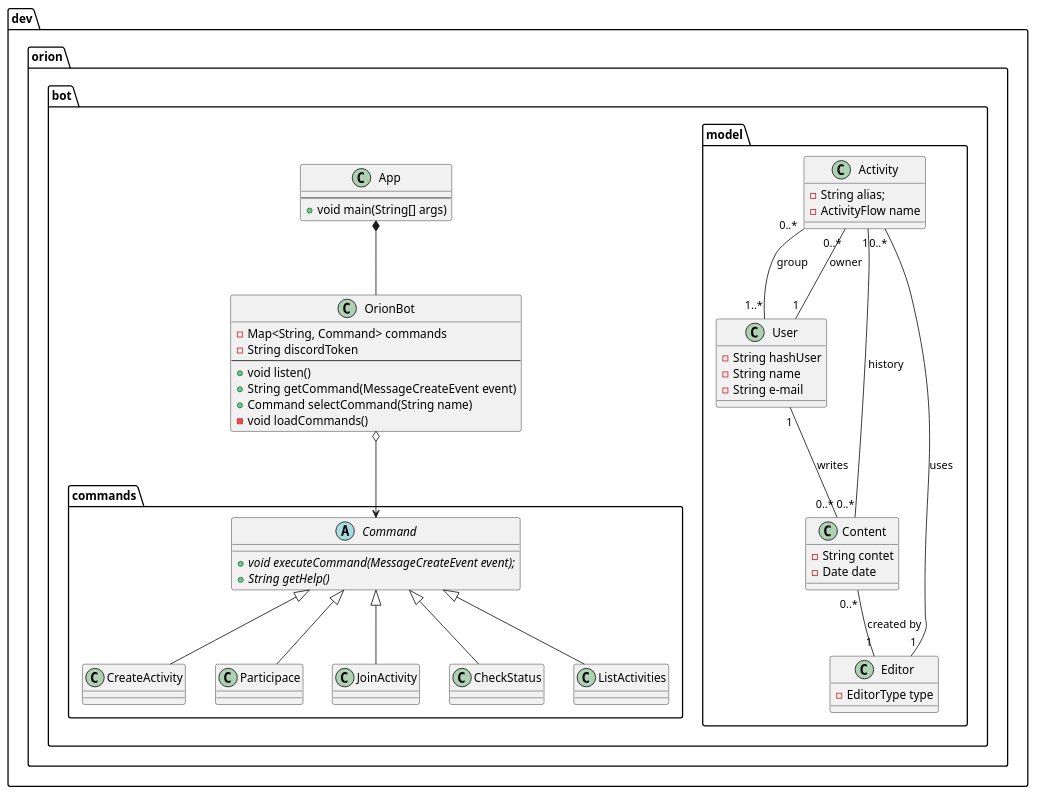
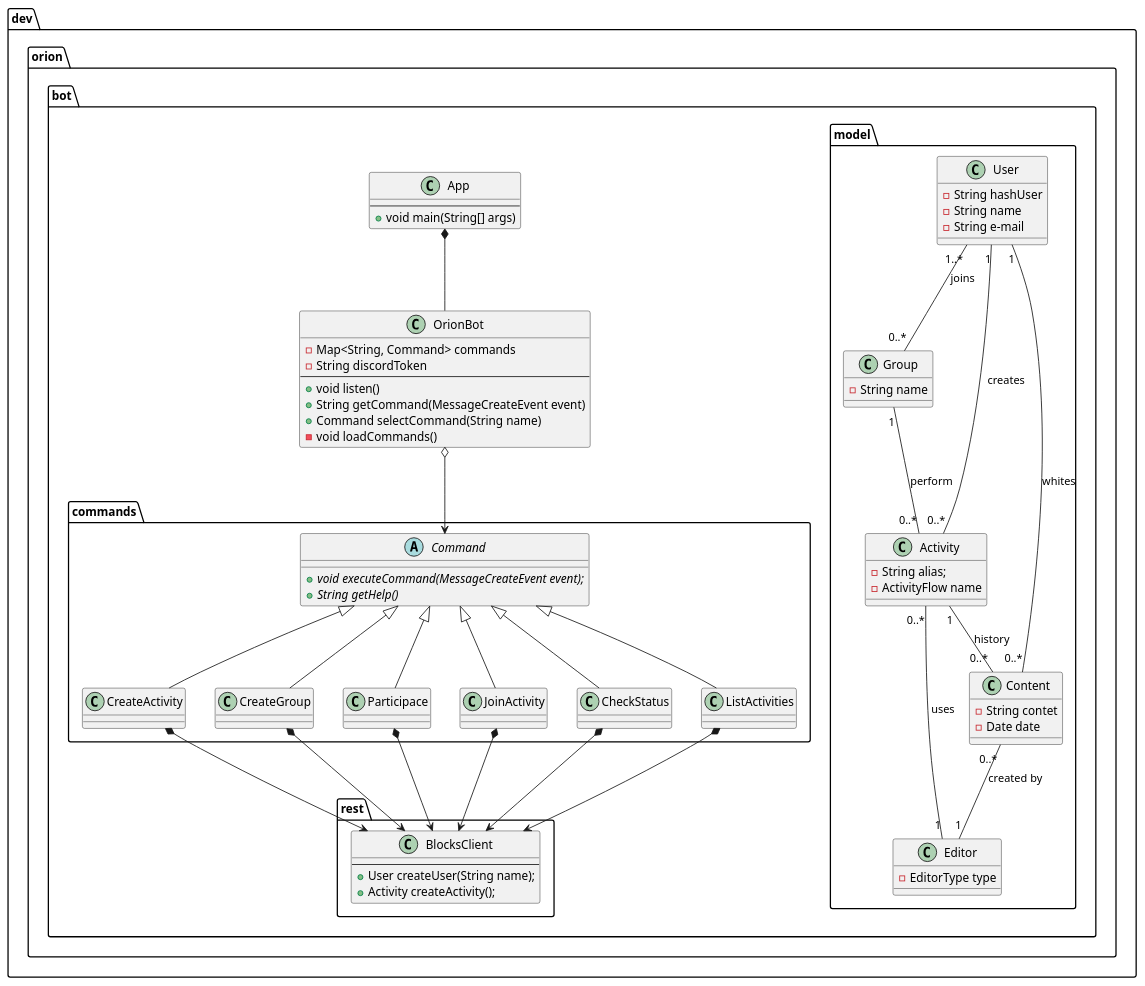
Before and after one commit to orion-services/bot: the diagram in docs/uml/class.puml, drawn with PlantUML. The commit also changed 11 other files, not shown here.

```diff
--- a/docs/uml/class.puml
+++ b/docs/uml/class.puml
@@ -1,87 +1,111 @@
 @startuml
 
 package dev.orion.bot.model {
 
-    Activity "0..*" -- "1..*" User : group  
-    Activity "0..*" -- "1" User : owner  
+    User "1..*" -- "0..*" Group : joins
+    Group "1" -- "0..*" Activity : perform
+    Activity "0..*" -- "1" User : creates
+
     Activity "1" -- "0..*" Content : history
     Activity "0..*" -- "1" Editor : uses
-    User "1" -- "0..*" Content : writes
+
     Content "0..*" -- "1" Editor : created by
+    User "1" -- "0..*" Content : whites
 
     class User{
-        -String hashUser
+        - String hashUser
         - String name
         - String e-mail
+    }
+
+    class Group{
+        - String name
     }
 
     class Activity{
         -String alias;
         - ActivityFlow name
     }
 
     class Content {
         - String contet
         - Date date
     }
 
     class Editor{
         - EditorType type
     }
 
 }
 
 package dev.orion.bot.commands {
 
     Command <|-- CreateActivity
+    Command <|-- CreateGroup
     Command <|-- Participace
     Command <|-- JoinActivity
     Command <|-- CheckStatus
     Command <|-- ListActivities
-    
+
     abstract Command {
         + {abstract} void executeCommand(MessageCreateEvent event);
         + {abstract} String getHelp()
     }
 
     Class CreateActivity {}
+
+    Class CreateGroup {}
 
     Class Participace {}
 
     Class JoinActivity {}
 
     Class CheckStatus {}
 
     Class ListActivities {}
 
 }
 
 package dev.orion.bot {
 
     App *-- OrionBot
     OrionBot o--> Command
 
     class App{
     --
     + void main(String[] args)
     }
 
     class OrionBot {
         - Map<String, Command> commands
         - String discordToken
     --
         + void listen()
         + String getCommand(MessageCreateEvent event)
         + Command selectCommand(String name)
         - void loadCommands()
     }
 
 }
 
+package dev.orion.bot.rest {
 
+    CreateActivity *--> BlocksClient
+    CreateGroup *--> BlocksClient
+    Participace *--> BlocksClient
+    JoinActivity *--> BlocksClient
+    CheckStatus *--> BlocksClient
+    ListActivities *--> BlocksClient
 
+    class BlocksClient {
+    --
+        + User createUser(String name);
+        + Activity createActivity();
+    }
+
+}
 
 
 
 
 @enduml
```
